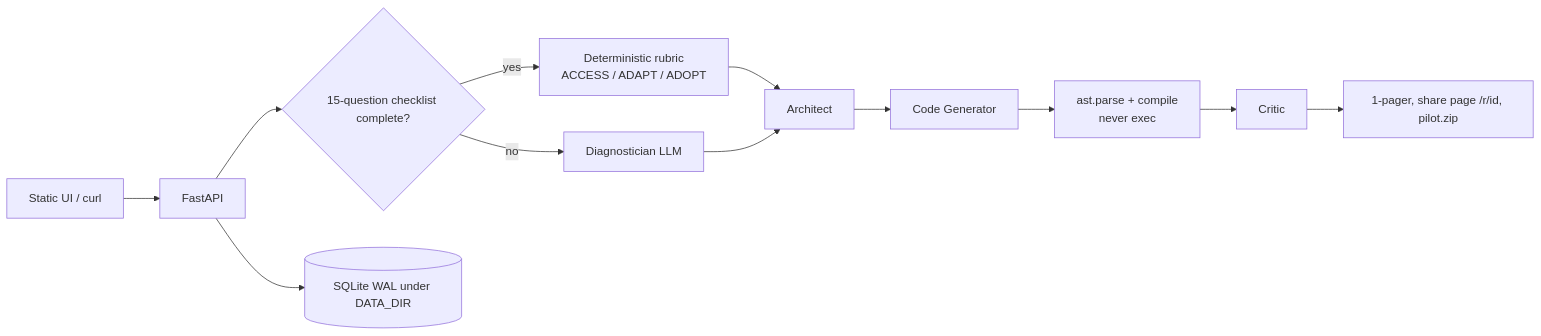
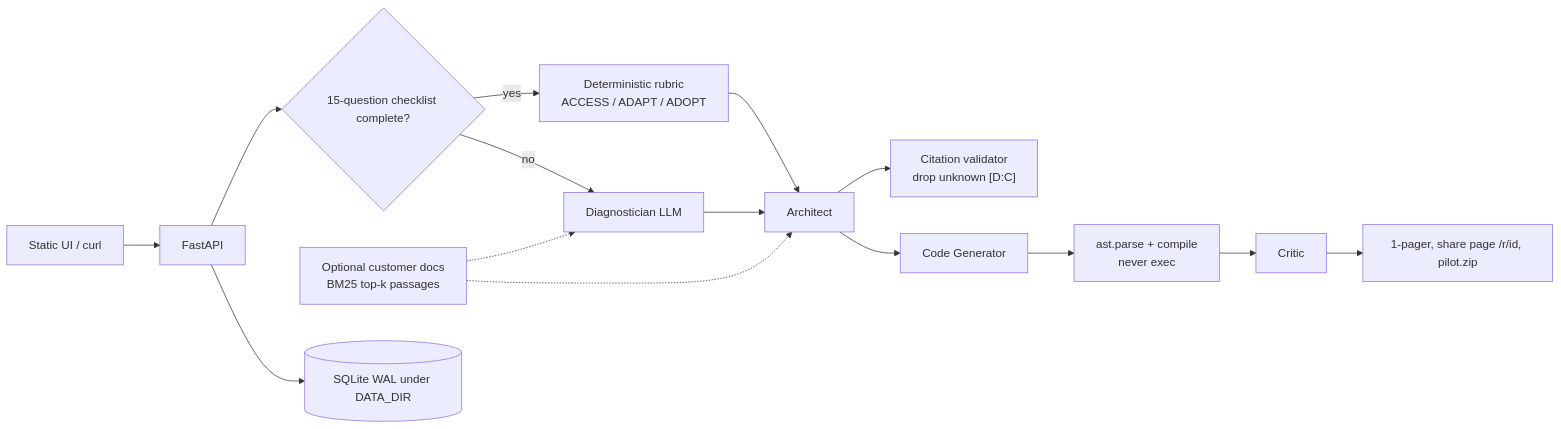
Before and after one commit to sai0610-red/ResonanceForge1: the diagram in README.md, drawn with Mermaid. The commit also changed other lines of this file and 26 other files, not shown here.

First line of the commit message:
Ground Diagnostician and Architect in uploaded customer documents

````diff
--- a/README.md
+++ b/README.md
@@ -40,14 +42,17 @@
 ```mermaid
 flowchart LR
     UI["Static UI / curl"] --> API["FastAPI"]
     API --> Check{"15-question checklist complete?"}
     Check -->|yes| Rubric["Deterministic rubric<br/>ACCESS / ADAPT / ADOPT"]
     Check -->|no| DiagLLM["Diagnostician LLM"]
     Rubric --> Arch["Architect"]
     DiagLLM --> Arch
+    Docs["Optional customer docs<br/>BM25 top-k passages"] -.-> DiagLLM
+    Docs -.-> Arch
+    Arch --> Cite["Citation validator<br/>drop unknown [D:C]"]
     Arch --> Code["Code Generator"]
     Code --> Compile["ast.parse + compile<br/>never exec"]
     Compile --> Critic["Critic"]
     Critic --> Out["1-pager, share page /r/id, pilot.zip"]
     API --> DB[(SQLite WAL under DATA_DIR)]
 ```
````
